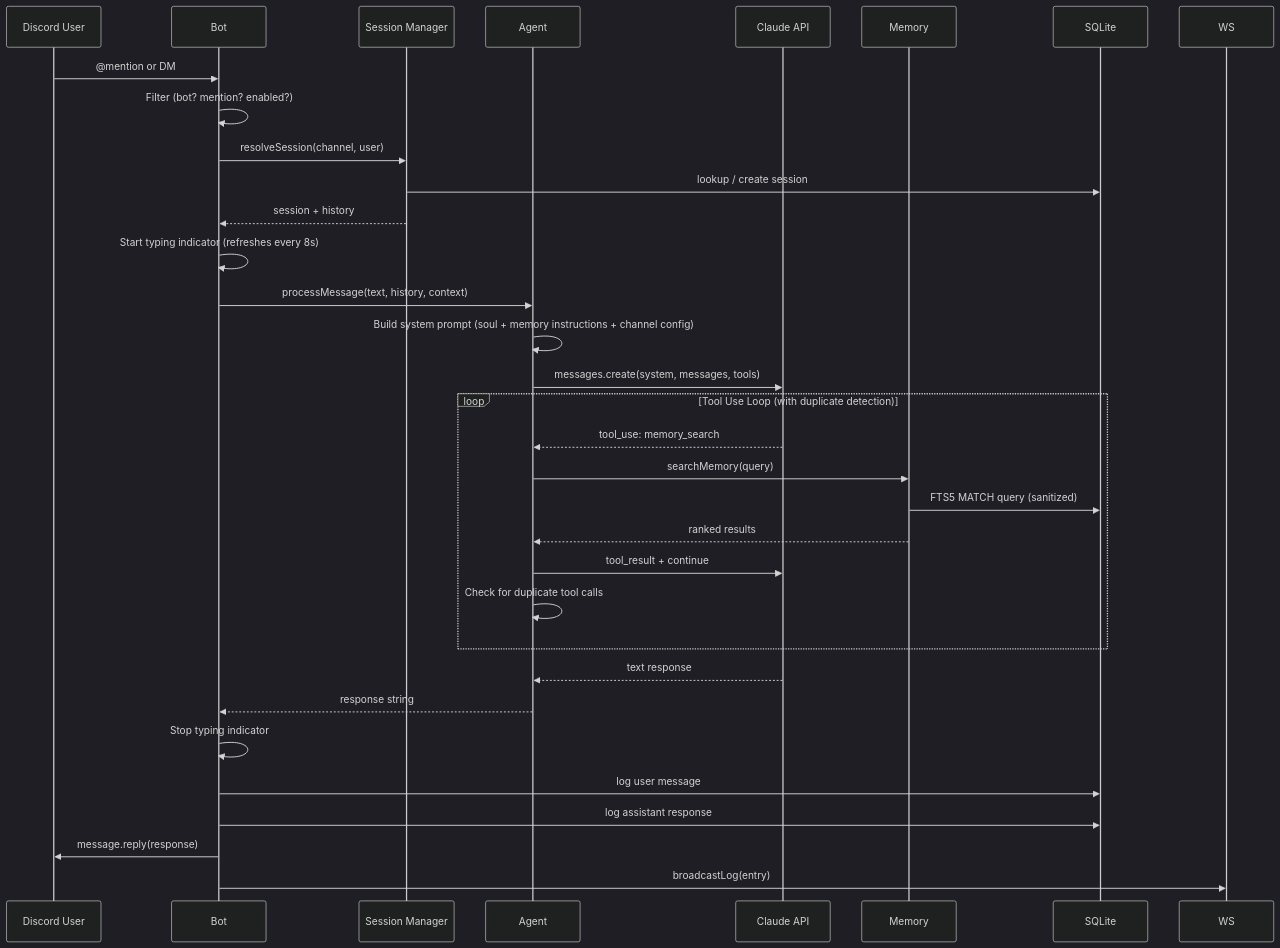
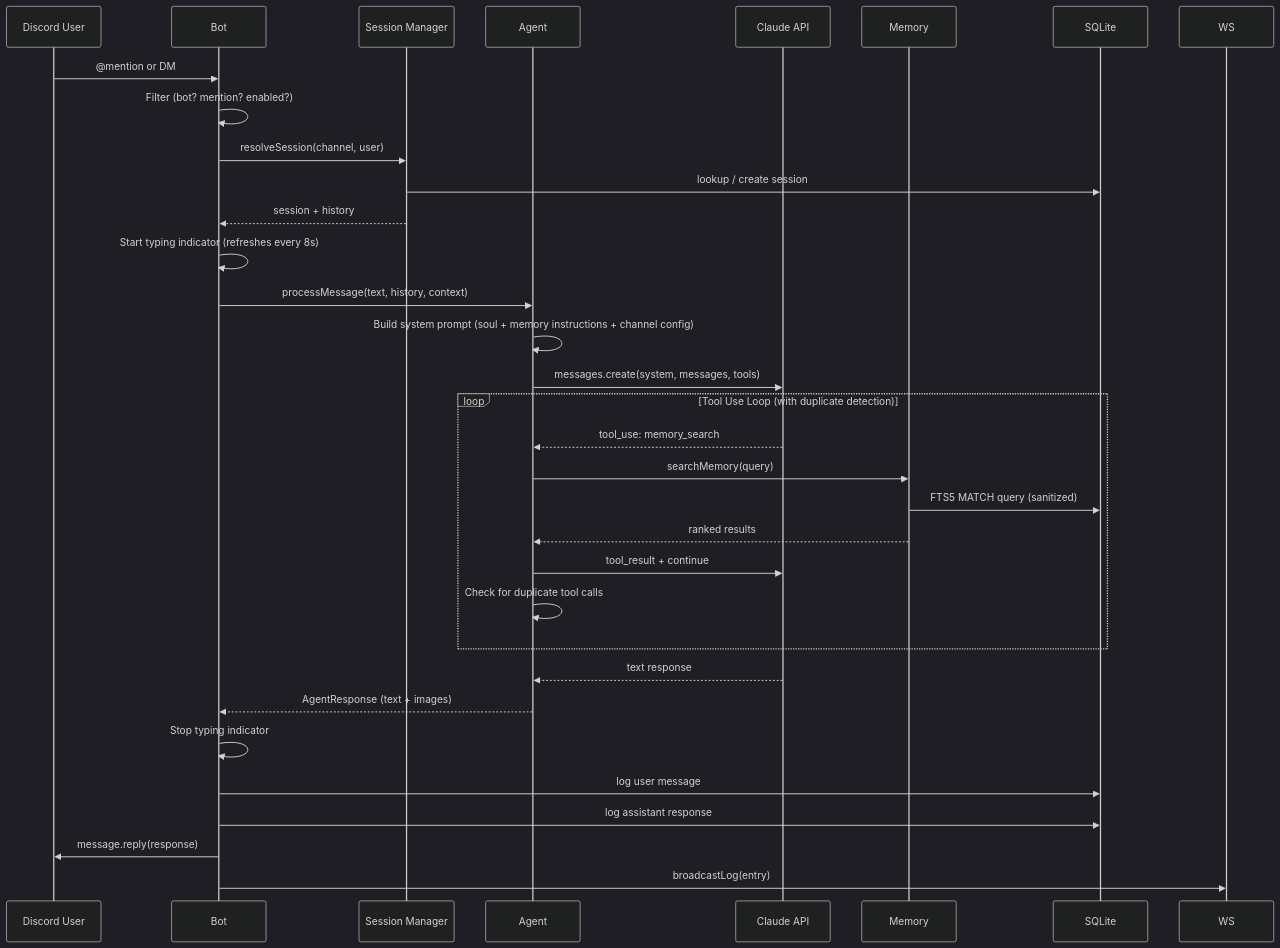
Before and after one commit to NaichuanZhang/discord-claw-auto-evolve: the second of 5 diagrams in README.md, drawn with Mermaid (dark theme). The commit also changed other lines of this file and 3 other files, not shown here.

````diff
--- a/README.md
+++ b/README.md
@@ -198,39 +200,39 @@
 ```mermaid
 sequenceDiagram
     participant U as Discord User
     participant B as Bot
     participant S as Session Manager
     participant A as Agent
     participant C as Claude API
     participant M as Memory
     participant DB as SQLite
 
     U->>B: @mention or DM
     B->>B: Filter (bot? mention? enabled?)
     B->>S: resolveSession(channel, user)
     S->>DB: lookup / create session
     S-->>B: session + history
 
     B->>B: Start typing indicator (refreshes every 8s)
     B->>A: processMessage(text, history, context)
     A->>A: Build system prompt (soul + memory instructions + channel config)
     A->>C: messages.create(system, messages, tools)
 
     loop Tool Use Loop (with duplicate detection)
         C-->>A: tool_use: memory_search
         A->>M: searchMemory(query)
         M->>DB: FTS5 MATCH query (sanitized)
         M-->>A: ranked results
         A->>C: tool_result + continue
         A->>A: Check for duplicate tool calls
     end
 
     C-->>A: text response
-    A-->>B: response string
+    A-->>B: AgentResponse (text + images)
 
     B->>B: Stop typing indicator
     B->>DB: log user message
     B->>DB: log assistant response
     B->>U: message.reply(response)
     B->>WS: broadcastLog(entry)
 ```
````
